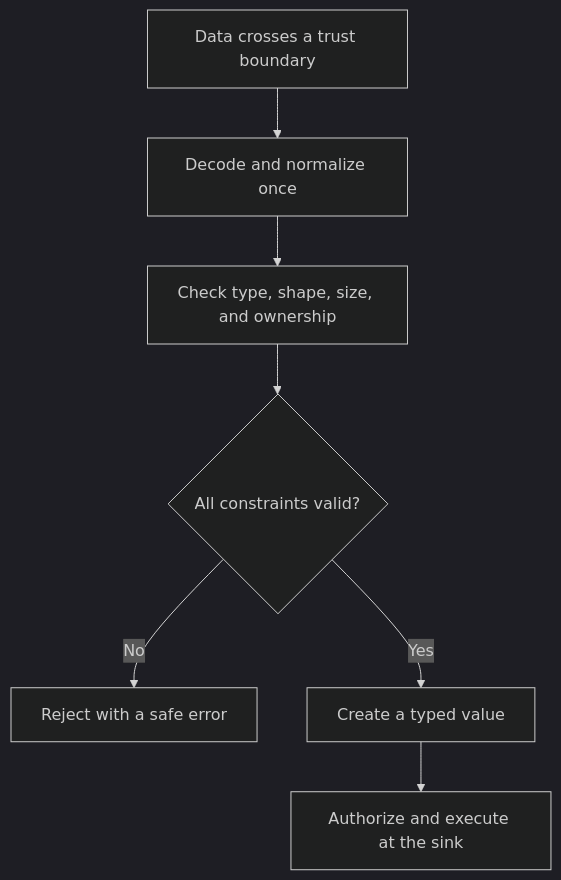
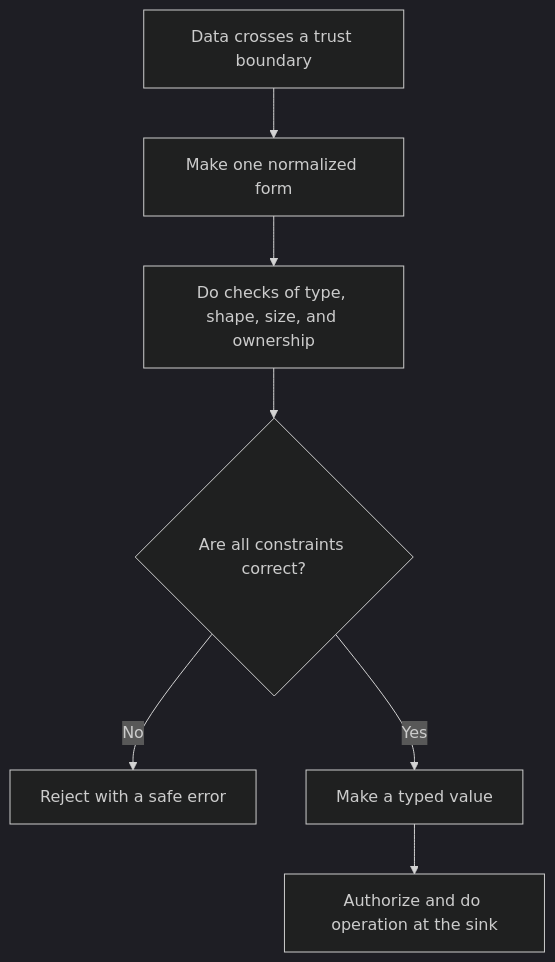
The diagram in docs/principles/details/p053-validate-at-trust-boundaries.md (HomericIntelligence/Athena), drawn with Mermaid (dark theme) before and after one commit. The commit also changed other lines of this file and 91 other files, not shown here.

````diff
--- a/docs/principles/details/p053-validate-at-trust-boundaries.md
+++ b/docs/principles/details/p053-validate-at-trust-boundaries.md
@@ -34,9 +36,9 @@
 ```mermaid
 flowchart TD
-    A["Data crosses a trust boundary"] --> B["Decode and normalize once"]
-    B --> C["Check type, shape, size, and ownership"]
-    C --> D{"All constraints valid?"}
+    A["Data crosses a trust boundary"] --> B["Make one normalized form"]
+    B --> C["Do checks of type, shape, size, and ownership"]
+    C --> D{"Are all constraints correct?"}
     D -- "No" --> E["Reject with a safe error"]
-    D -- "Yes" --> F["Create a typed value"]
-    F --> G["Authorize and execute at the sink"]
+    D -- "Yes" --> F["Make a typed value"]
+    F --> G["Authorize and do operation at the sink"]
 ```
````
